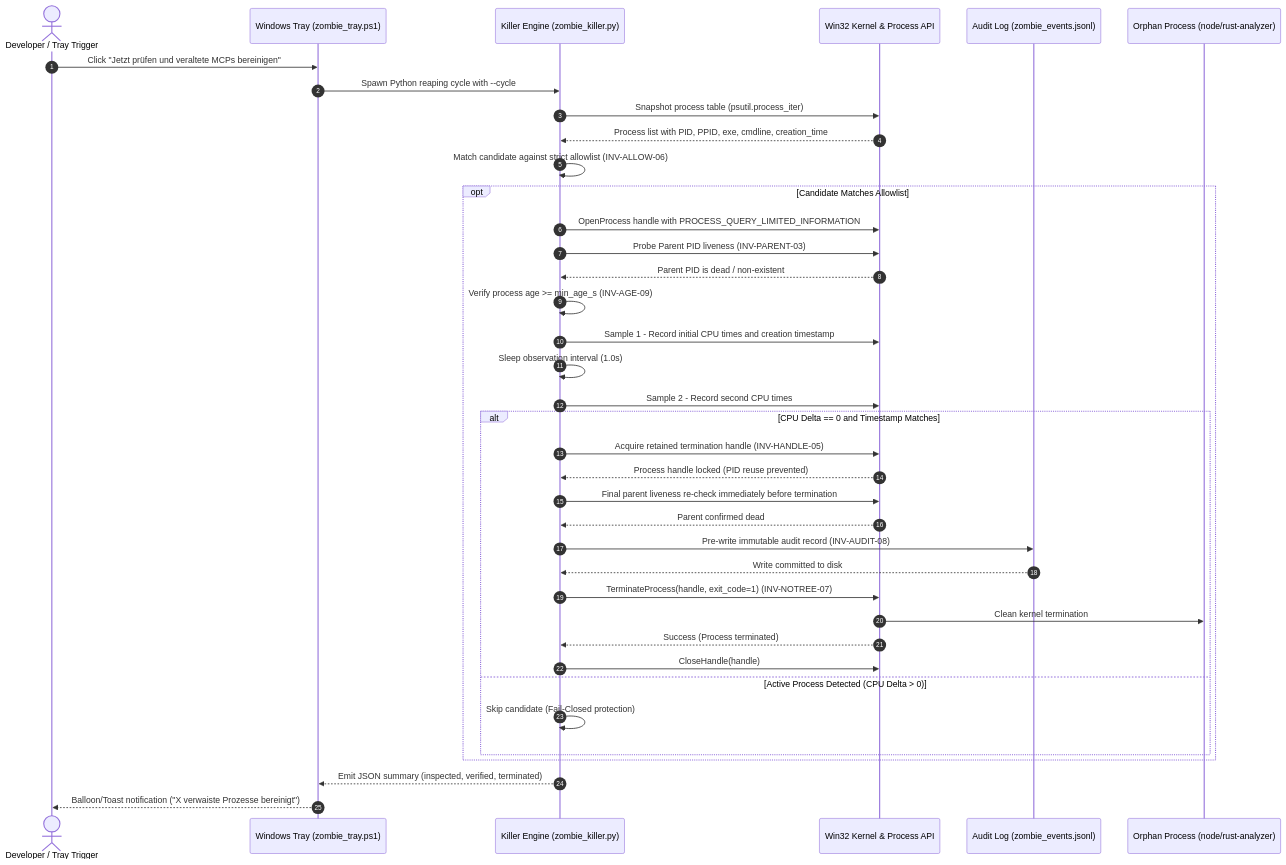
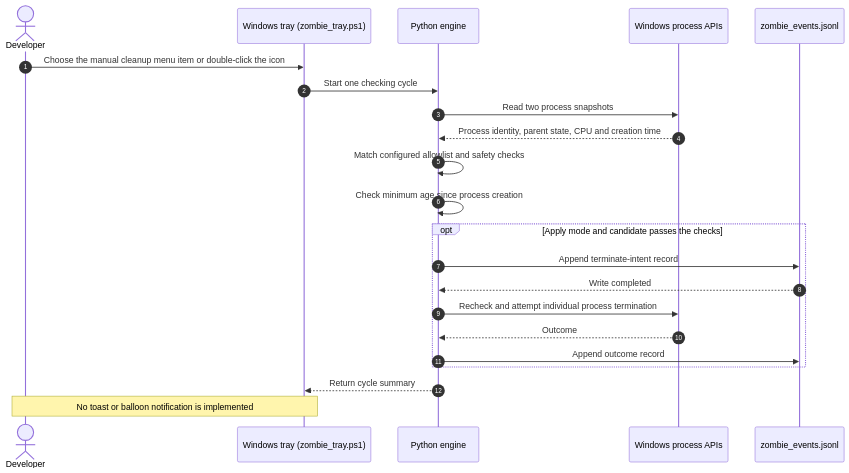
Before and after one commit to dev-bricks/zombie-killer-tray: the second of 2 diagrams in README.md, drawn with Mermaid. The commit also changed other lines of this file and 18 other files, not shown here.

````diff
--- a/README.md
+++ b/README.md
@@ -176,47 +92,25 @@
 ```mermaid
 sequenceDiagram
     autonumber
-    actor Dev as Developer / Tray Trigger
-    participant Tray as Windows Tray (zombie_tray.ps1)
-    participant Engine as Killer Engine (zombie_killer.py)
-    participant OS as Win32 Kernel & Process API
-    participant Audit as Audit Log (zombie_events.jsonl)
-    participant Target as Orphan Process (node/rust-analyzer)
+    actor Dev as Developer
+    participant Tray as Windows tray (zombie_tray.ps1)
+    participant Engine as Python engine
+    participant OS as Windows process APIs
+    participant Audit as zombie_events.jsonl
 
-    Dev->>Tray: Click "Jetzt prüfen und veraltete MCPs bereinigen"
-    Tray->>Engine: Spawn Python reaping cycle with --cycle
-    Engine->>OS: Snapshot process table (psutil.process_iter)
-    OS-->>Engine: Process list with PID, PPID, exe, cmdline, creation_time
-    Engine->>Engine: Match candidate against strict allowlist (INV-ALLOW-06)
-
-    opt Candidate Matches Allowlist
-        Engine->>OS: OpenProcess handle with PROCESS_QUERY_LIMITED_INFORMATION
-        Engine->>OS: Probe Parent PID liveness (INV-PARENT-03)
-        OS-->>Engine: Parent PID is dead / non-existent
-
-        Engine->>Engine: Verify process age >= min_age_s (INV-AGE-09)
-        Engine->>OS: Sample 1 - Record initial CPU times and creation timestamp
-        Engine->>Engine: Sleep observation interval (1.0s)
-        Engine->>OS: Sample 2 - Record second CPU times
-
-        alt CPU Delta == 0 and Timestamp Matches
-            Engine->>OS: Acquire retained termination handle (INV-HANDLE-05)
-            OS-->>Engine: Process handle locked (PID reuse prevented)
-            Engine->>OS: Final parent liveness re-check immediately before termination
-            OS-->>Engine: Parent confirmed dead
-
-            Engine->>Audit: Pre-write immutable audit record (INV-AUDIT-08)
-            Audit-->>Engine: Write committed to disk
-
-            Engine->>OS: TerminateProcess(handle, exit_code=1) (INV-NOTREE-07)
-            OS->>Target: Clean kernel termination
-            OS-->>Engine: Success (Process terminated)
-            Engine->>OS: CloseHandle(handle)
-        else Active Process Detected (CPU Delta > 0)
-            Engine->>Engine: Skip candidate (Fail-Closed protection)
-        end
+    Dev->>Tray: Choose the manual cleanup menu item or double-click the icon
+    Tray->>Engine: Start one checking cycle
+    Engine->>OS: Read two process snapshots
+    OS-->>Engine: Process identity, parent state, CPU and creation time
+    Engine->>Engine: Match configured allowlist and safety checks
+    Engine->>Engine: Check minimum age since process creation
+    opt Apply mode and candidate passes the checks
+        Engine->>Audit: Append terminate-intent record
+        Audit-->>Engine: Write completed
+        Engine->>OS: Recheck and attempt individual process termination
+        OS-->>Engine: Outcome
+        Engine->>Audit: Append outcome record
     end
-
-    Engine-->>Tray: Emit JSON summary (inspected, verified, terminated)
-    Tray-->>Dev: Balloon/Toast notification ("X verwaiste Prozesse bereinigt")
+    Engine-->>Tray: Return cycle summary
+    Note over Tray,Dev: No toast or balloon notification is implemented
 ```
````
